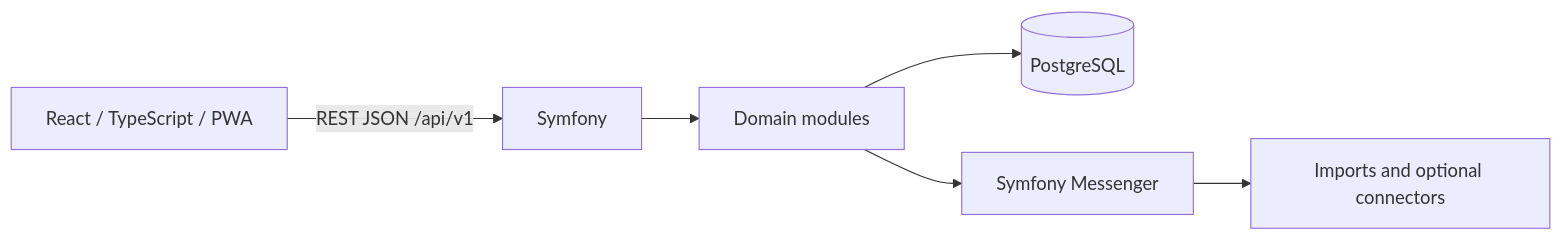
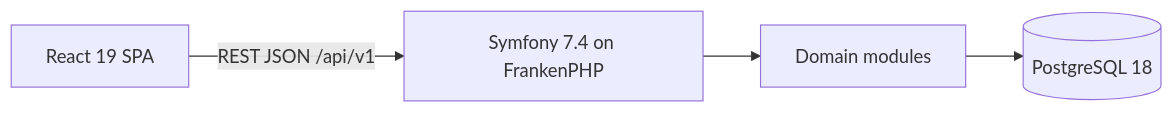
One commit to tblt-gr/cadran changed the diagram in README.md. Above: the diagram before and after it, drawn with Mermaid. The commit also changed other lines of this file and 11 other files, not shown here.

````diff
--- a/README.md
+++ b/README.md
@@ -110,8 +112,6 @@
 ```mermaid
 flowchart LR
-    UI["React / TypeScript / PWA"] -->|REST JSON /api/v1| API["Symfony"]
+    UI["React 19 SPA"] -->|REST JSON /api/v1| API["Symfony 7.4 on FrankenPHP"]
     API --> MOD["Domain modules"]
-    MOD --> DB[("PostgreSQL")]
-    MOD --> JOBS["Symfony Messenger"]
-    JOBS --> IMPORTS["Imports and optional connectors"]
+    MOD --> DB[("PostgreSQL 18")]
 ```
````
